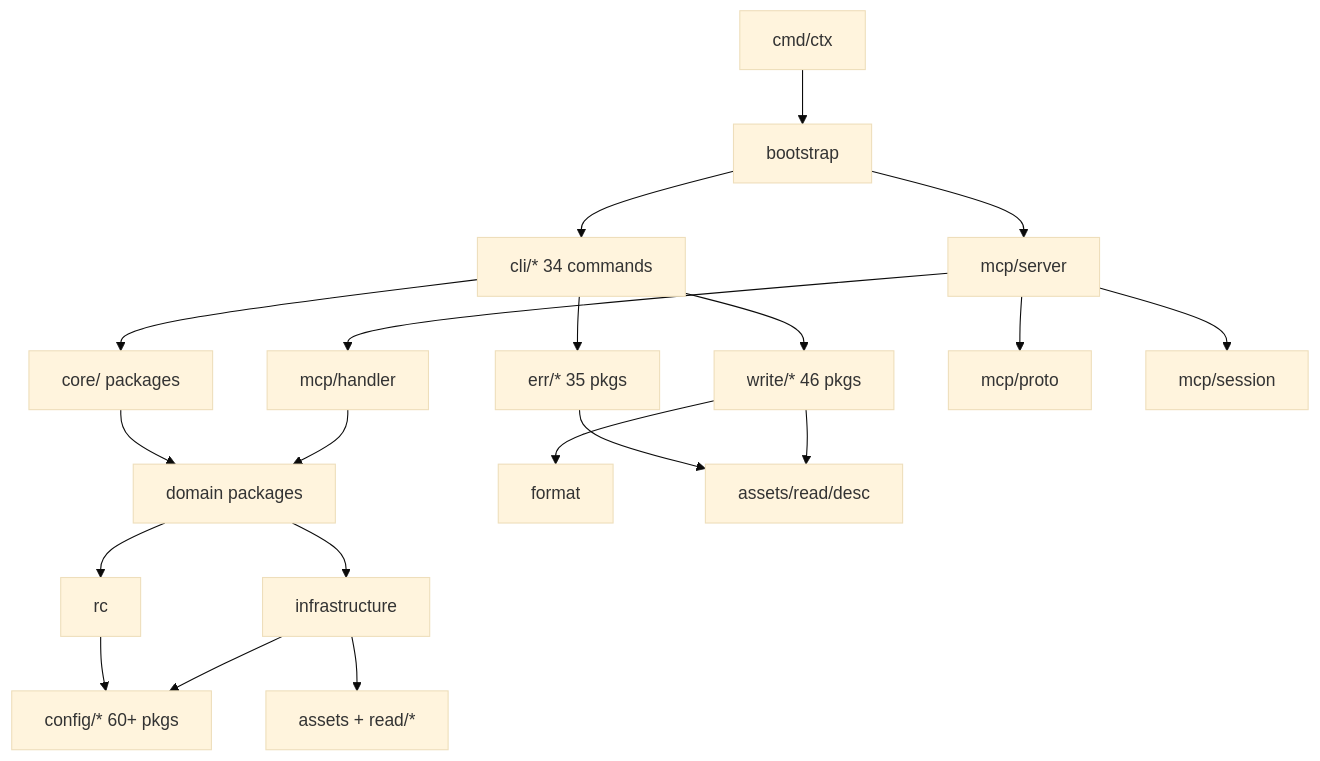
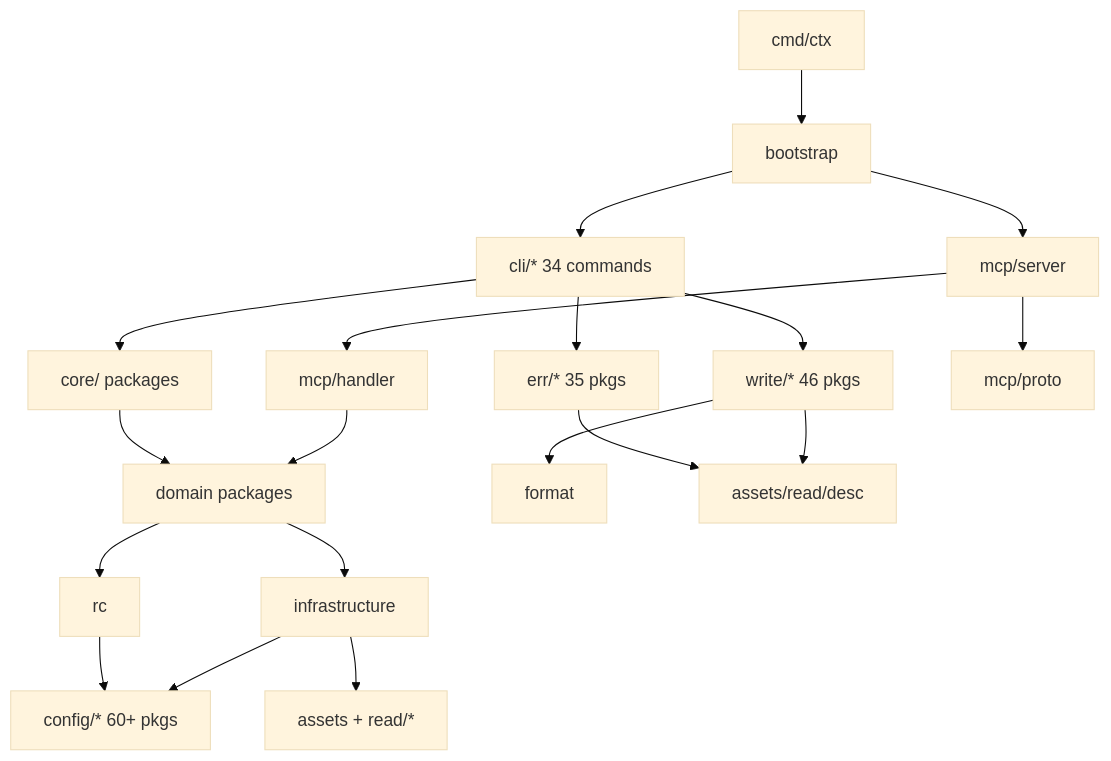
Before and after one commit to ActiveMemory/ctx: the diagram in .context/ARCHITECTURE.md, drawn with Mermaid (base theme). The commit also changed other lines of this file and 76 other files, not shown here.

First line of the commit message:
refactor(mcp): flatten Handler god-object, promote session state to entity

````diff
--- a/.context/ARCHITECTURE.md
+++ b/.context/ARCHITECTURE.md
@@ -82,27 +82,26 @@
 ```mermaid
 graph TD
     CMD[cmd/ctx] --> BOOT[bootstrap]
     BOOT --> CLI[cli/* 34 commands]
     BOOT --> MCP[mcp/server]
 
     CLI --> CORE[core/ packages]
     CLI --> WRITE[write/* 46 pkgs]
     CLI --> ERR[err/* 35 pkgs]
 
     MCP --> HANDLER[mcp/handler]
     MCP --> PROTO[mcp/proto]
-    MCP --> SESSION[mcp/session]
     HANDLER --> DOMAIN
 
     CORE --> DOMAIN[domain packages]
     WRITE --> FMT[format]
     WRITE --> DESC[assets/read/desc]
     ERR --> DESC
 
     DOMAIN --> INFRA[infrastructure]
     DOMAIN --> RC[rc]
 
     INFRA --> CONFIG[config/* 60+ pkgs]
     INFRA --> ASSETS[assets + read/*]
     RC --> CONFIG
 ```
````
